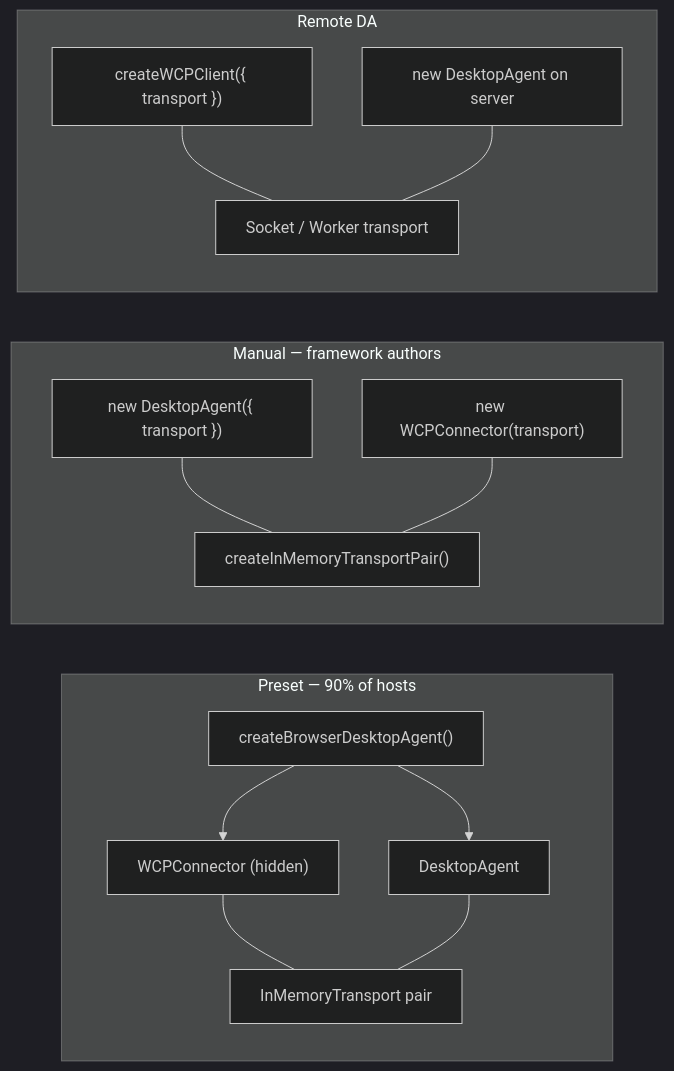
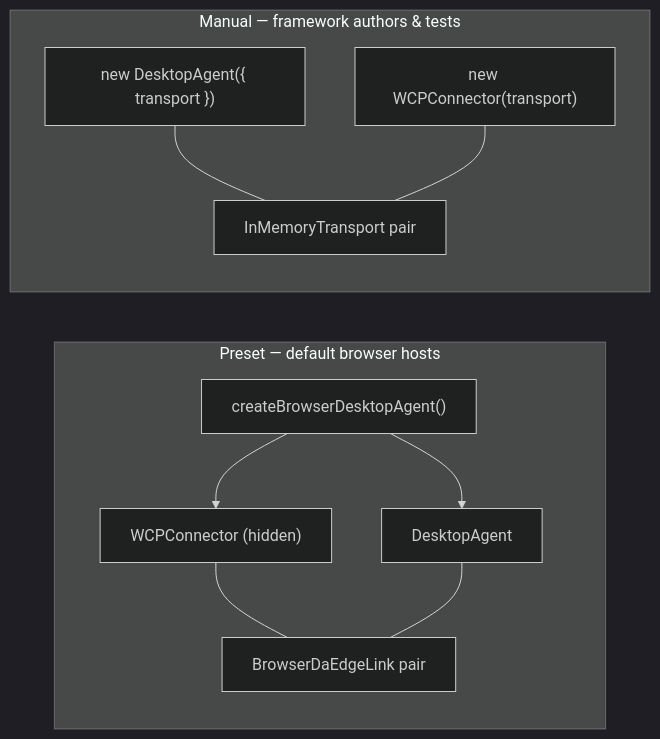
The second of 7 diagrams in website/docs/packages/desktop-agent/composition.md (SeeWhatsOn/FDC3-Sail), drawn with Mermaid (dark theme) before and after one commit. The commit also changed other lines of this file and 9 other files, not shown here.

First line of the commit message:
refactor: update documentation and architecture for browser-first Desktop Agent

````diff
--- a/website/docs/packages/desktop-agent/composition.md
+++ b/website/docs/packages/desktop-agent/composition.md
@@ -57,24 +57,17 @@
 ```mermaid
 flowchart LR
-  subgraph preset ["Preset — 90% of hosts"]
+  subgraph preset ["Preset — default browser hosts"]
     P["createBrowserDesktopAgent()"]
     P --> E1["WCPConnector (hidden)"]
     P --> D1["DesktopAgent"]
-    E1 --- T1["InMemoryTransport pair"]
+    E1 --- T1["BrowserDaEdgeLink pair"]
     D1 --- T1
   end
 
-  subgraph manual ["Manual — framework authors"]
+  subgraph manual ["Manual — framework authors & tests"]
     D2["new DesktopAgent({ transport })"]
     E2["new WCPConnector(transport)"]
-    D2 --- T2["createInMemoryTransportPair()"]
+    D2 --- T2["InMemoryTransport pair"]
     E2 --- T2
   end
-
-  subgraph remote ["Remote DA"]
-    C["createWCPClient({ transport })"]
-    S["new DesktopAgent on server"]
-    C --- NET["Socket / Worker transport"]
-    S --- NET
-  end
 ```
````
